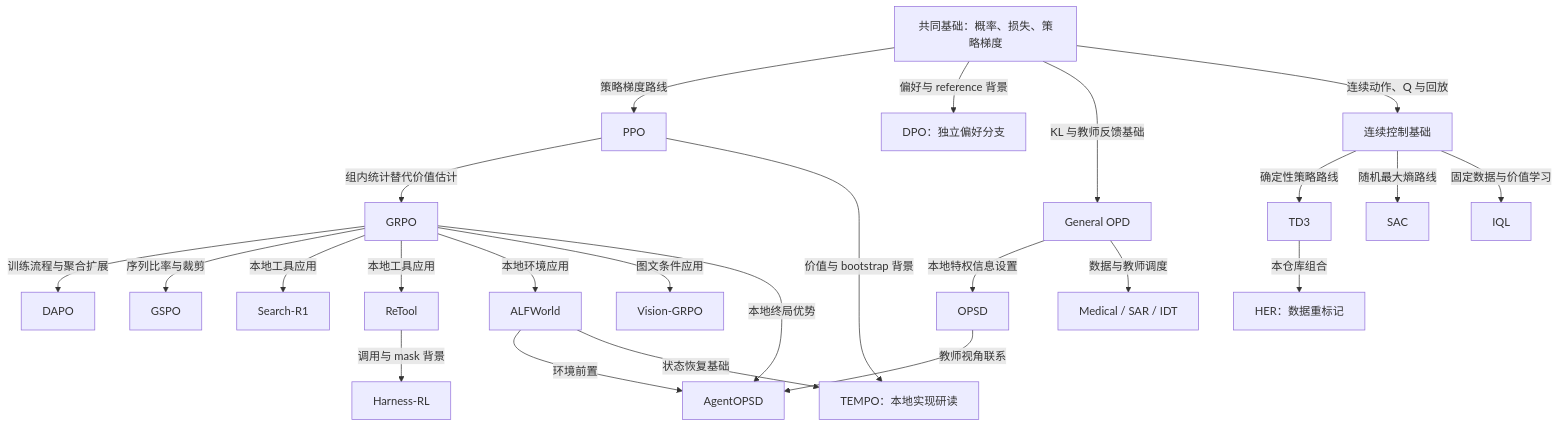
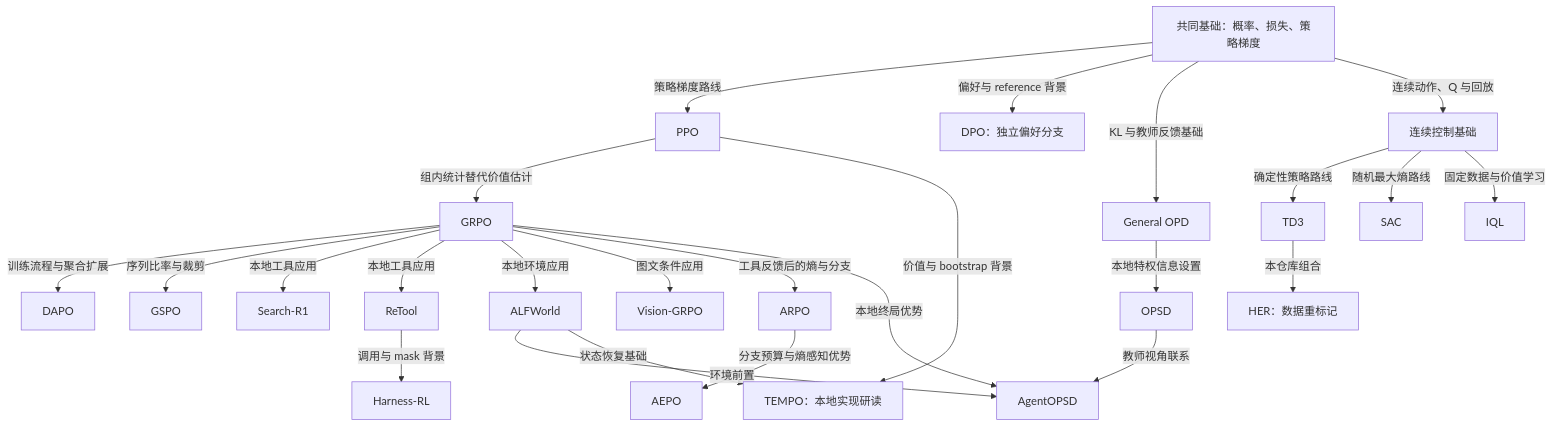
Before and after one commit to CherYou/MM-RL-Learning: the diagram in docs/CHAPTERS.md, drawn with Mermaid. The commit also changed other lines of this file and 74 other files, not shown here.

````diff
--- a/docs/CHAPTERS.md
+++ b/docs/CHAPTERS.md
@@ -7,26 +5,27 @@
 ```mermaid
 flowchart TD
   F[共同基础：概率、损失、策略梯度] -->|策略梯度路线| P[PPO]
   P -->|组内统计替代价值估计| G[GRPO]
   G -->|训练流程与聚合扩展| DA[DAPO]
   G -->|序列比率与裁剪| GS[GSPO]
   F -->|偏好与 reference 背景| DP[DPO：独立偏好分支]
   G -->|本地工具应用| SR[Search-R1]
   G -->|本地工具应用| RT[ReTool]
   G -->|本地环境应用| AL[ALFWorld]
   G -->|图文条件应用| VG[Vision-GRPO]
   F -->|KL 与教师反馈基础| O[General OPD]
   O -->|本地特权信息设置| OS[OPSD]
-  O -->|数据与教师调度| MED[Medical / SAR / IDT]
+  G -->|工具反馈后的熵与分支| AR[ARPO]
+  AR -->|分支预算与熵感知优势| AE[AEPO]
   OS -->|教师视角联系| AO[AgentOPSD]
   AL -->|环境前置| AO
   G -->|本地终局优势| AO
   P -->|价值与 bootstrap 背景| TE[TEMPO：本地实现研读]
   AL -->|状态恢复基础| TE
   RT -->|调用与 mask 背景| H[Harness-RL]
   F -->|连续动作、Q 与回放| C[连续控制基础]
   C -->|确定性策略路线| TD[TD3]
   C -->|随机最大熵路线| SA[SAC]
   TD -->|本仓库组合| HER[HER：数据重标记]
   C -->|固定数据与价值学习| IQ[IQL]
 ```
````
